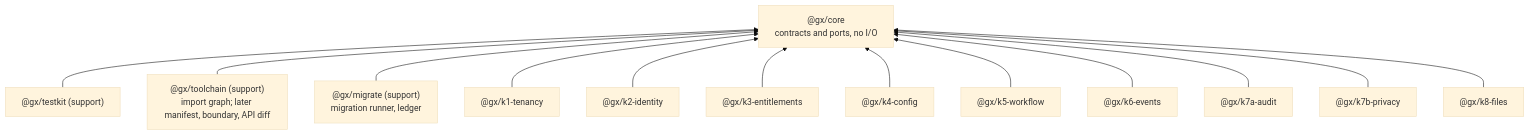
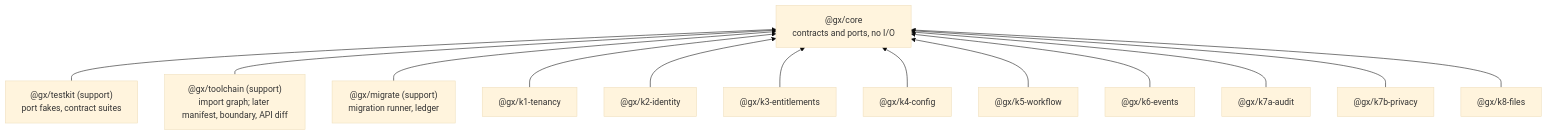
Before and after one commit to AadarshMishraa/epc_dashboard: the fifth of 5 diagrams in docs/architecture/system-design.md, drawn with Mermaid (base theme). The commit also changed other lines of this file and 49 other files, not shown here.

First line of the commit message:
feat(K0-T14): core ports with fail-closed fakes and contract suites

````diff
--- a/docs/architecture/system-design.md
+++ b/docs/architecture/system-design.md
@@ -83,16 +83,16 @@
 ```mermaid
 flowchart BT
   core["@gx/core<br/>contracts and ports, no I/O"]
-  testkit["@gx/testkit (support)"] --> core
+  testkit["@gx/testkit (support)<br/>port fakes, contract suites"] --> core
   toolchain["@gx/toolchain (support)<br/>import graph; later manifest, boundary, API diff"] --> core
   migrate["@gx/migrate (support)<br/>migration runner, ledger"] --> core
   k1["@gx/k1-tenancy"] --> core
   k2["@gx/k2-identity"] --> core
   k3["@gx/k3-entitlements"] --> core
   k4["@gx/k4-config"] --> core
   k5["@gx/k5-workflow"] --> core
   k6["@gx/k6-events"] --> core
   k7a["@gx/k7a-audit"] --> core
   k7b["@gx/k7b-privacy"] --> core
   k8["@gx/k8-files"] --> core
 ```
````
